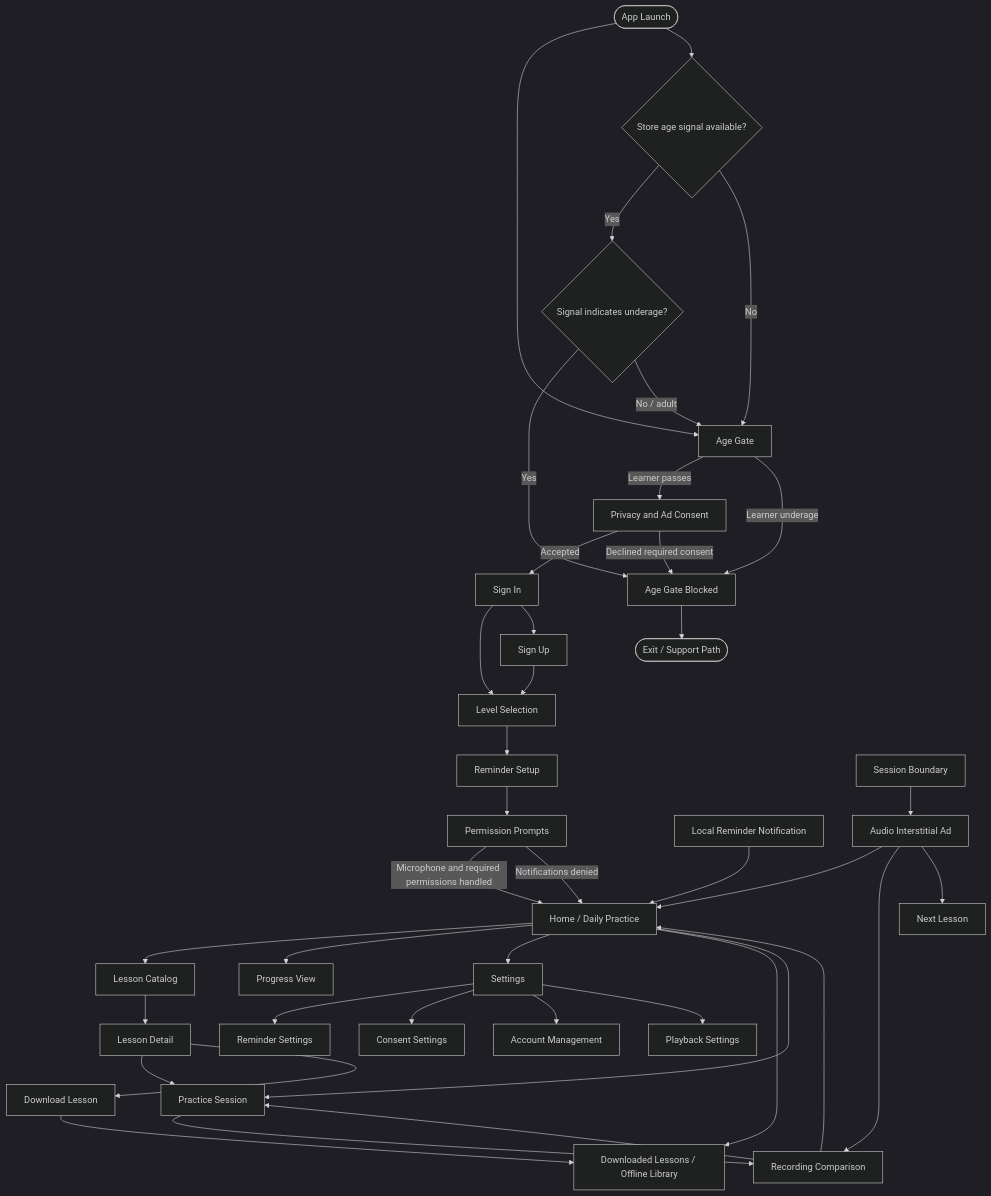
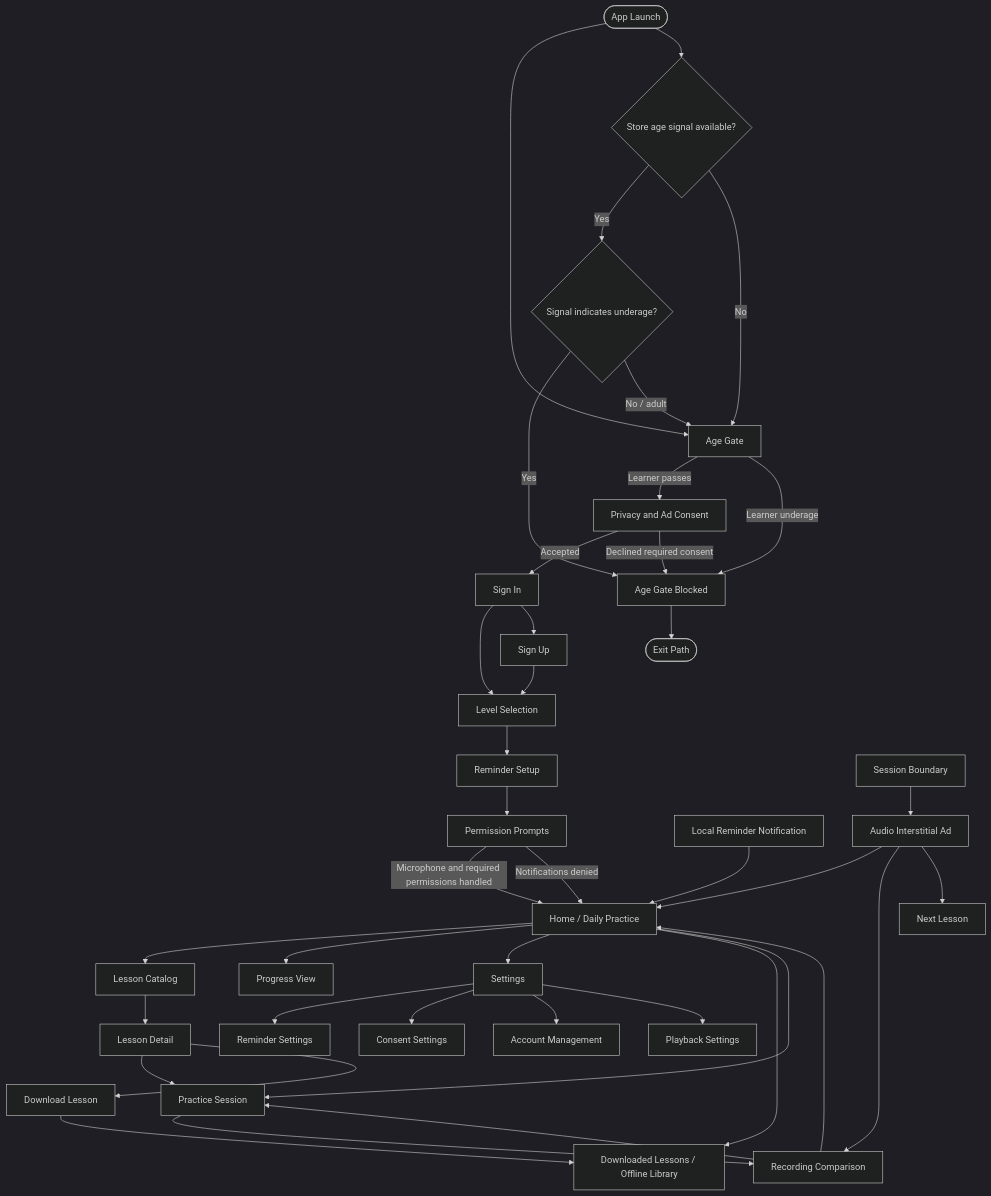
The first of 12 diagrams in specs/03-ux-ui-design/01-User-Flow-Diagram.md (minhhieu1/ShadowSpeak), drawn with Mermaid (dark theme) before and after one commit. The commit also changed other lines of this file and 41 other files, not shown here.

````diff
--- a/specs/03-ux-ui-design/01-User-Flow-Diagram.md
+++ b/specs/03-ux-ui-design/01-User-Flow-Diagram.md
@@ -33,42 +33,42 @@
 ```mermaid
 flowchart TD
     Launch([App Launch]) --> AgeGate[Age Gate]
     Launch --> StoreAge{Store age signal available?}
     StoreAge -->|Yes| Signal{Signal indicates underage?}
     StoreAge -->|No| AgeGate
     Signal -->|Yes| Blocked[Age Gate Blocked]
     Signal -->|No / adult| AgeGate
     AgeGate -->|Learner passes| Consent[Privacy and Ad Consent]
     AgeGate -->|Learner underage| Blocked
     Consent -->|Accepted| SignIn[Sign In]
     Consent -->|Declined required consent| Blocked
     SignIn --> Level[Level Selection]
     SignIn --> SignUp[Sign Up]
     SignUp --> Level[Level Selection]
     Level --> Reminder[Reminder Setup]
     Reminder --> Perms[Permission Prompts]
     Perms -->|Microphone and required permissions handled| Home[Home / Daily Practice]
     Perms -->|Notifications denied| Home
     Home --> Catalog[Lesson Catalog]
     Home --> Progress[Progress View]
     Home --> Settings[Settings]
     Home --> Downloads[Downloaded Lessons / Offline Library]
     Home --> Practice[Practice Session]
     Catalog --> Detail[Lesson Detail]
     Detail --> Practice
     Detail --> Download[Download Lesson]
     Download --> Downloads
     Practice --> Compare[Recording Comparison]
     Compare --> Home
     Compare --> Practice
     Settings --> ReminderSettings[Reminder Settings]
     Settings --> ConsentSettings[Consent Settings]
     Settings --> Account[Account Management]
     Settings --> Playback[Playback Settings]
     Notification[Local Reminder Notification] --> Home
     AdBoundary[Session Boundary] --> Ad[Audio Interstitial Ad]
     Ad --> Home
     Ad --> Compare
     Ad --> NextLesson[Next Lesson]
-    Blocked --> Exit([Exit / Support Path])
+    Blocked --> Exit([Exit Path])
 ```
````
